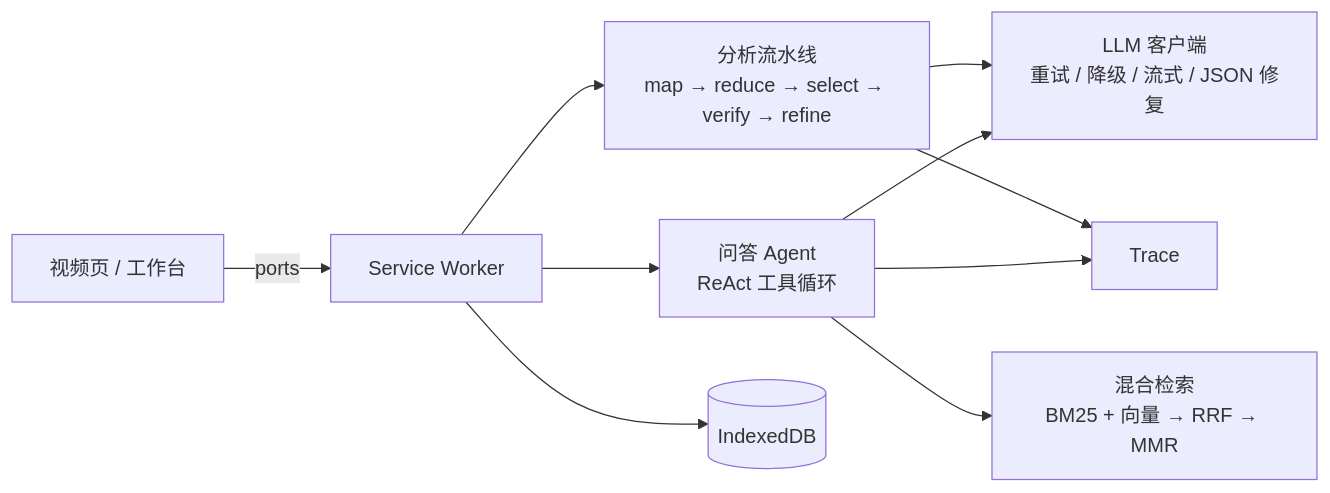
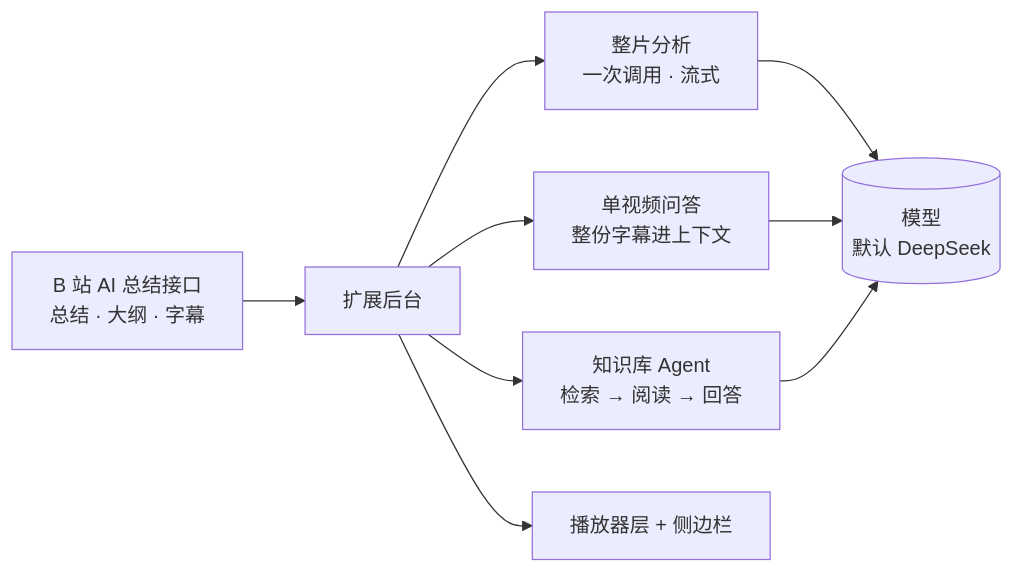
The diagram in README.md (Crisply2404/BilibiliDry), drawn with Mermaid before and after one commit. The commit also changed other lines of this file and 87 other files, not shown here.

````diff
--- a/README.md
+++ b/README.md
@@ -58,10 +57,9 @@
 ```mermaid
 flowchart LR
-  P[视频页 / 工作台] -- ports --> SW[Service Worker]
-  SW --> J[分析流水线<br/>map → reduce → select → verify → refine]
-  SW --> A[问答 Agent<br/>ReAct 工具循环]
-  A --> R[混合检索<br/>BM25 + 向量 → RRF → MMR]
-  J & A --> L[LLM 客户端<br/>重试 / 降级 / 流式 / JSON 修复]
-  J & A --> T[Trace]
-  SW --> DB[(IndexedDB)]
+  B["B 站 AI 总结接口<br/>总结 · 大纲 · 字幕"] --> SW["扩展后台"]
+  SW --> A["整片分析<br/>一次调用 · 流式"]
+  SW --> Q["单视频问答<br/>整份字幕进上下文"]
+  SW --> L["知识库 Agent<br/>检索 → 阅读 → 回答"]
+  A & Q & L --> M[("模型<br/>默认 DeepSeek")]
+  SW --> UI["播放器层 + 侧边栏"]
 ```
````
